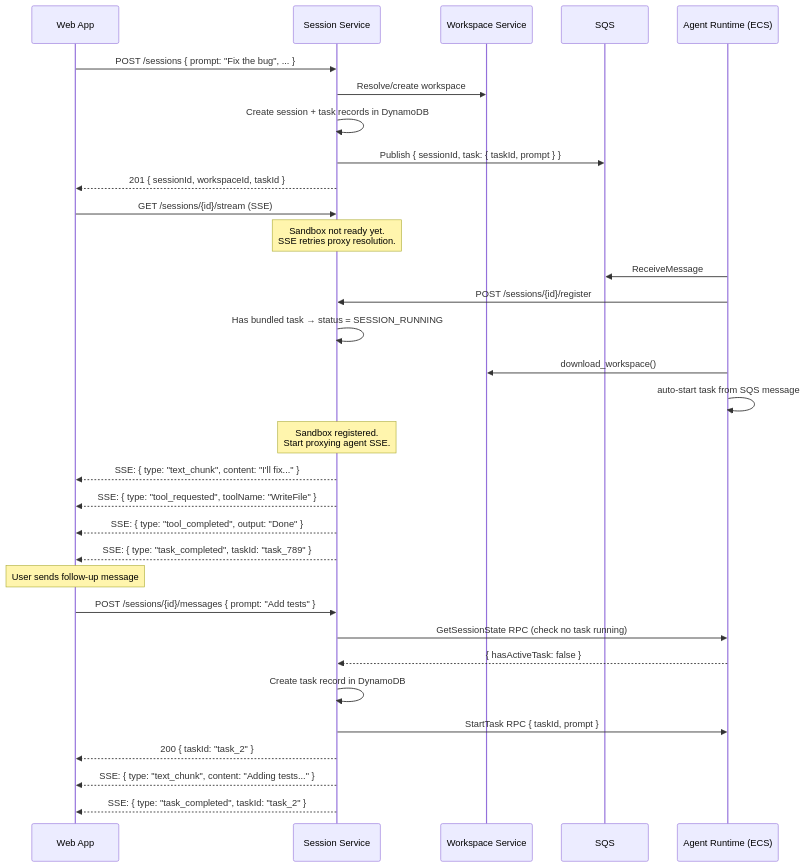
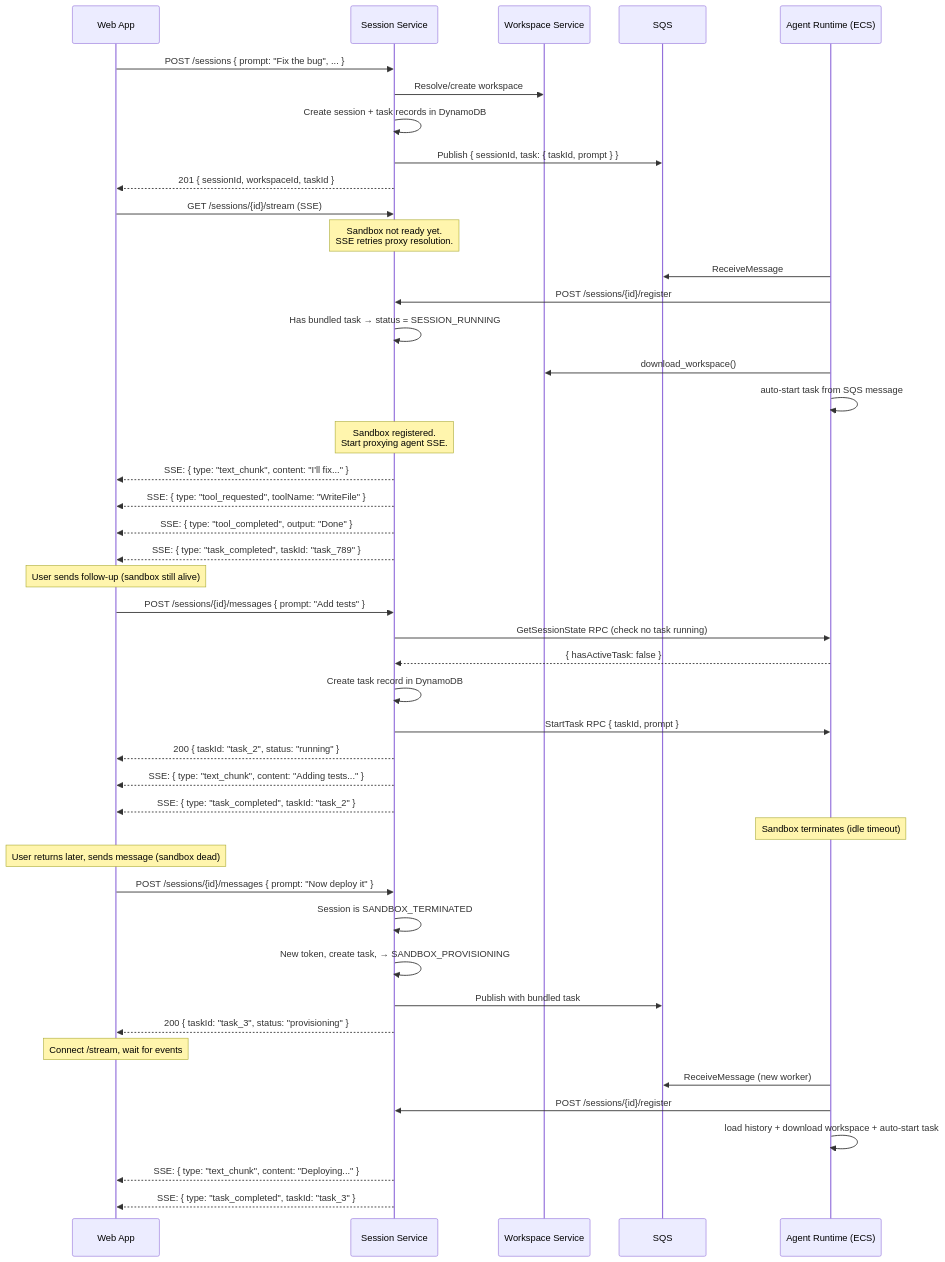
One commit to suman724/cowork-infra changed the third of 5 diagrams in docs/design/simplified-session-api.md. Above: the diagram before and after it, drawn with Mermaid. The commit also changed other lines of this file, not shown here.

First line of the commit message:
docs: make /messages the universal entry point, remove /resume

````diff
--- a/docs/design/simplified-session-api.md
+++ b/docs/design/simplified-session-api.md
@@ -495,41 +522,57 @@
 ```mermaid
 sequenceDiagram
     participant Web as Web App
     participant SS as Session Service
     participant WS as Workspace Service
     participant SQS as SQS
     participant Agent as Agent Runtime (ECS)
 
     Web->>SS: POST /sessions { prompt: "Fix the bug", ... }
     SS->>WS: Resolve/create workspace
     SS->>SS: Create session + task records in DynamoDB
     SS->>SQS: Publish { sessionId, task: { taskId, prompt } }
     SS-->>Web: 201 { sessionId, workspaceId, taskId }
 
     Web->>SS: GET /sessions/{id}/stream (SSE)
     Note over SS: Sandbox not ready yet.<br/>SSE retries proxy resolution.
 
     Agent->>SQS: ReceiveMessage
     Agent->>SS: POST /sessions/{id}/register
     SS->>SS: Has bundled task → status = SESSION_RUNNING
     Agent->>WS: download_workspace()
     Agent->>Agent: auto-start task from SQS message
 
     Note over SS: Sandbox registered.<br/>Start proxying agent SSE.
 
     SS-->>Web: SSE: { type: "text_chunk", content: "I'll fix..." }
     SS-->>Web: SSE: { type: "tool_requested", toolName: "WriteFile" }
     SS-->>Web: SSE: { type: "tool_completed", output: "Done" }
     SS-->>Web: SSE: { type: "task_completed", taskId: "task_789" }
 
-    Note over Web: User sends follow-up message
+    Note over Web: User sends follow-up (sandbox still alive)
     Web->>SS: POST /sessions/{id}/messages { prompt: "Add tests" }
     SS->>Agent: GetSessionState RPC (check no task running)
     Agent-->>SS: { hasActiveTask: false }
     SS->>SS: Create task record in DynamoDB
     SS->>Agent: StartTask RPC { taskId, prompt }
-    SS-->>Web: 200 { taskId: "task_2" }
+    SS-->>Web: 200 { taskId: "task_2", status: "running" }
 
     SS-->>Web: SSE: { type: "text_chunk", content: "Adding tests..." }
     SS-->>Web: SSE: { type: "task_completed", taskId: "task_2" }
+
+    Note over Agent: Sandbox terminates (idle timeout)
+
+    Note over Web: User returns later, sends message (sandbox dead)
+    Web->>SS: POST /sessions/{id}/messages { prompt: "Now deploy it" }
+    SS->>SS: Session is SANDBOX_TERMINATED
+    SS->>SS: New token, create task, → SANDBOX_PROVISIONING
+    SS->>SQS: Publish with bundled task
+    SS-->>Web: 200 { taskId: "task_3", status: "provisioning" }
+
+    Note over Web: Connect /stream, wait for events
+    Agent->>SQS: ReceiveMessage (new worker)
+    Agent->>SS: POST /sessions/{id}/register
+    Agent->>Agent: load history + download workspace + auto-start task
+    SS-->>Web: SSE: { type: "text_chunk", content: "Deploying..." }
+    SS-->>Web: SSE: { type: "task_completed", taskId: "task_3" }
 ```
````
